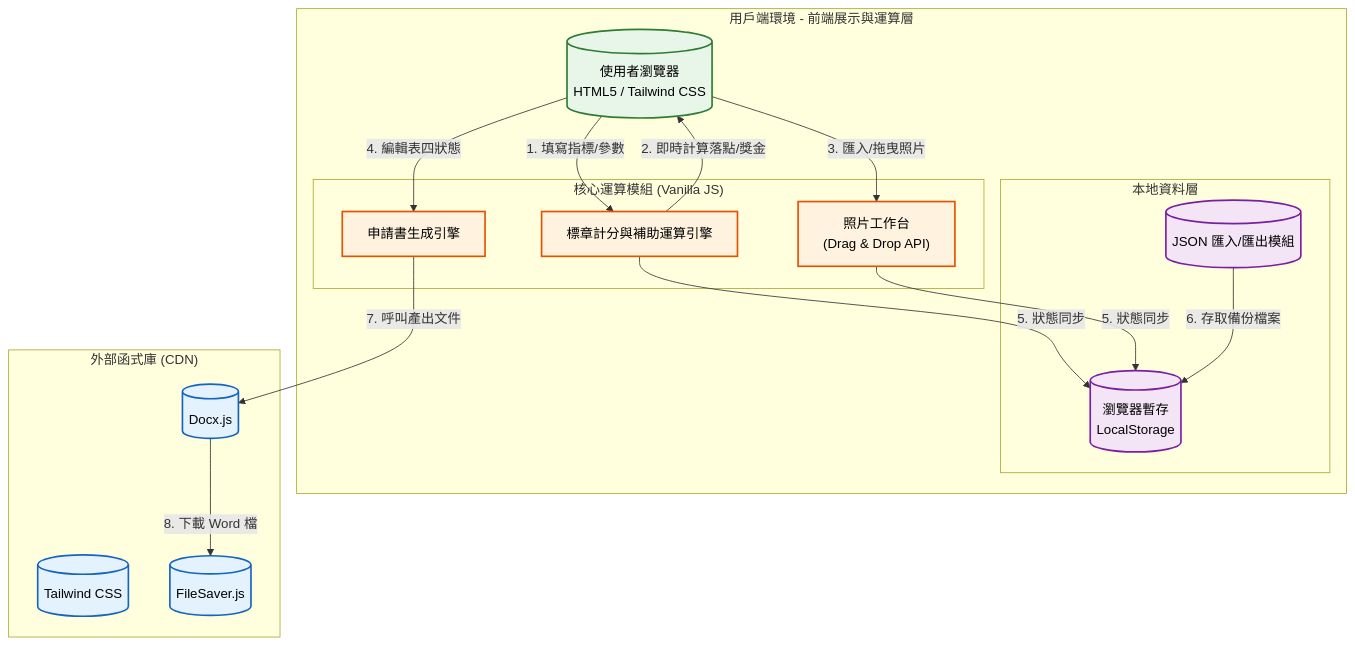
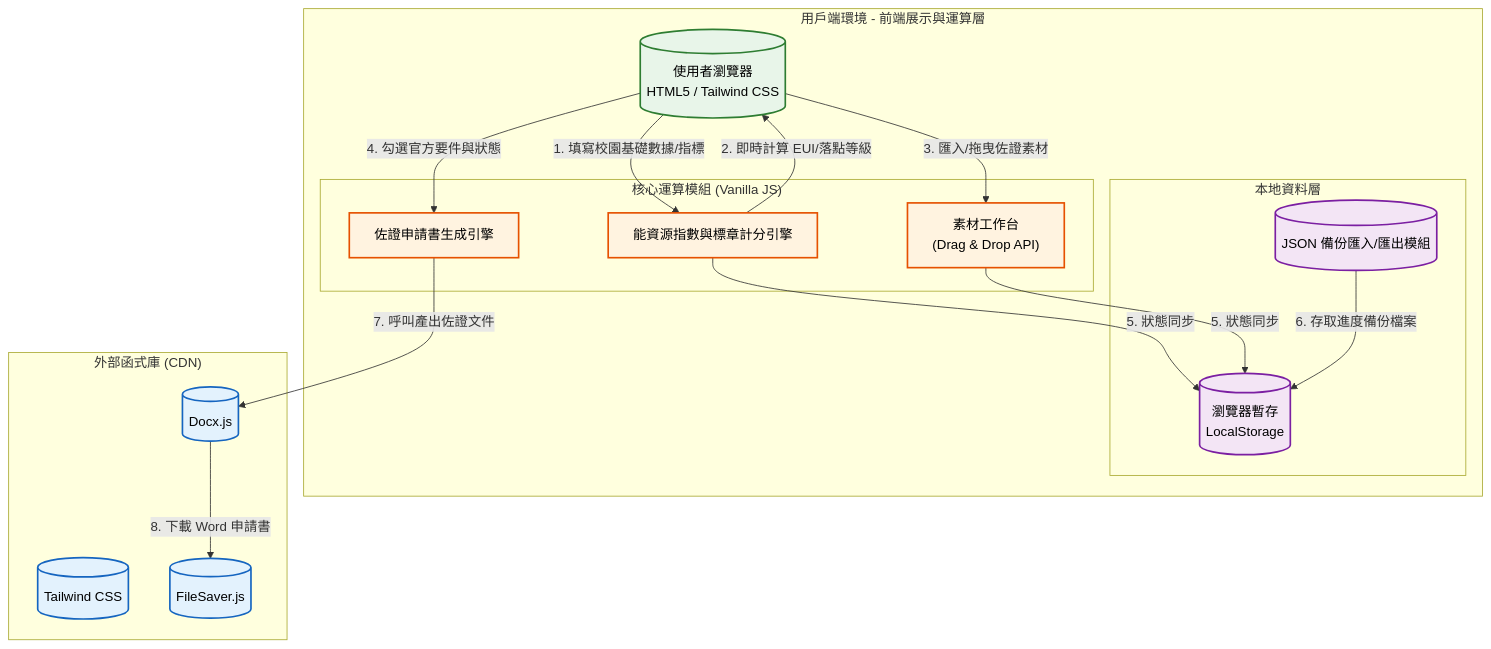
One commit to tanji2026/campus changed the diagram in README.md. Above: the diagram before and after it, drawn with Mermaid. The commit also changed other lines of this file, not shown here.

````diff
--- a/README.md
+++ b/README.md
@@ -17,44 +17,44 @@
 ```mermaid
 graph TD
     %% 定義樣式顏色
     classDef client fill:#e8f5e9,stroke:#2e7d32,stroke-width:2px,color:black
     classDef external fill:#e3f2fd,stroke:#1565c0,stroke-width:2px,color:black
     classDef logic fill:#fff3e0,stroke:#e65100,stroke-width:2px,color:black
     classDef data fill:#f3e5f5,stroke:#7b1fa2,stroke-width:2px,color:black
 
     %% 1. 用戶端環境
     subgraph Client_Zone ["用戶端環境 - 前端展示與運算層"]
         Browser[("使用者瀏覽器<br>HTML5 / Tailwind CSS")]:::client
         
         %% 業務邏輯層
         subgraph Logic_Layer ["核心運算模組 (Vanilla JS)"]
-            Score_Engine["標章計分與補助運算引擎"]:::logic
-            Workspace["照片工作台<br>(Drag & Drop API)"]:::logic
-            Docx_Engine["申請書生成引擎"]:::logic
+            Score_Engine["能資源指數與標章計分引擎"]:::logic
+            Workspace["素材工作台<br>(Drag & Drop API)"]:::logic
+            Docx_Engine["佐證申請書生成引擎"]:::logic
         end
 
         %% 資料儲存層
         subgraph Data_Layer ["本地資料層"]
             Local_Storage[("瀏覽器暫存<br>LocalStorage")]:::data
-            JSON_IO[("JSON 匯入/匯出模組")]:::data
+            JSON_IO[("JSON 備份匯入/匯出模組")]:::data
         end
     end
 
     %% 2. 外部依賴
     subgraph External_Libs ["外部函式庫 (CDN)"]
         Tailwind[("Tailwind CSS")]:::external
         DocxJS[("Docx.js")]:::external
         FileSaver[("FileSaver.js")]:::external
     end
 
     %% 3. 資料流向連線
-    Browser -- "1. 填寫指標/參數" --> Score_Engine
-    Score_Engine -- "2. 即時計算落點/獎金" --> Browser
-    Browser -- "3. 匯入/拖曳照片" --> Workspace
-    Browser -- "4. 編輯表四狀態" --> Docx_Engine
+    Browser -- "1. 填寫校園基礎數據/指標" --> Score_Engine
+    Score_Engine -- "2. 即時計算 EUI/落點等級" --> Browser
+    Browser -- "3. 匯入/拖曳佐證素材" --> Workspace
+    Browser -- "4. 勾選官方要件與狀態" --> Docx_Engine
     Score_Engine & Workspace -- "5. 狀態同步" --> Local_Storage
-    JSON_IO -- "6. 存取備份檔案" --> Local_Storage
-    Docx_Engine -- "7. 呼叫產出文件" --> DocxJS
-    DocxJS -- "8. 下載 Word 檔" --> FileSaver
+    JSON_IO -- "6. 存取進度備份檔案" --> Local_Storage
+    Docx_Engine -- "7. 呼叫產出佐證文件" --> DocxJS
+    DocxJS -- "8. 下載 Word 申請書" --> FileSaver
 
 ```
````
